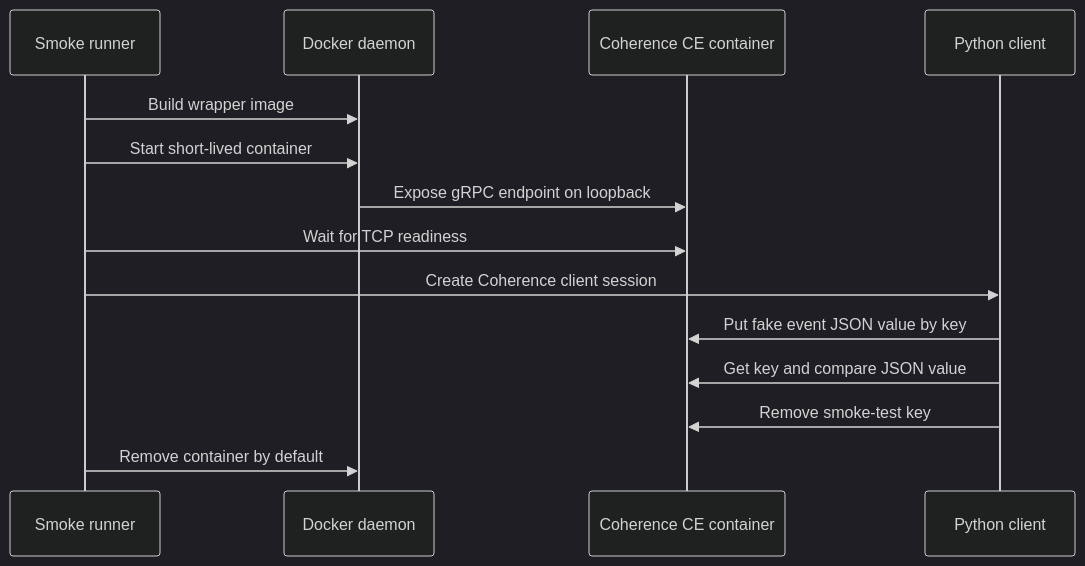
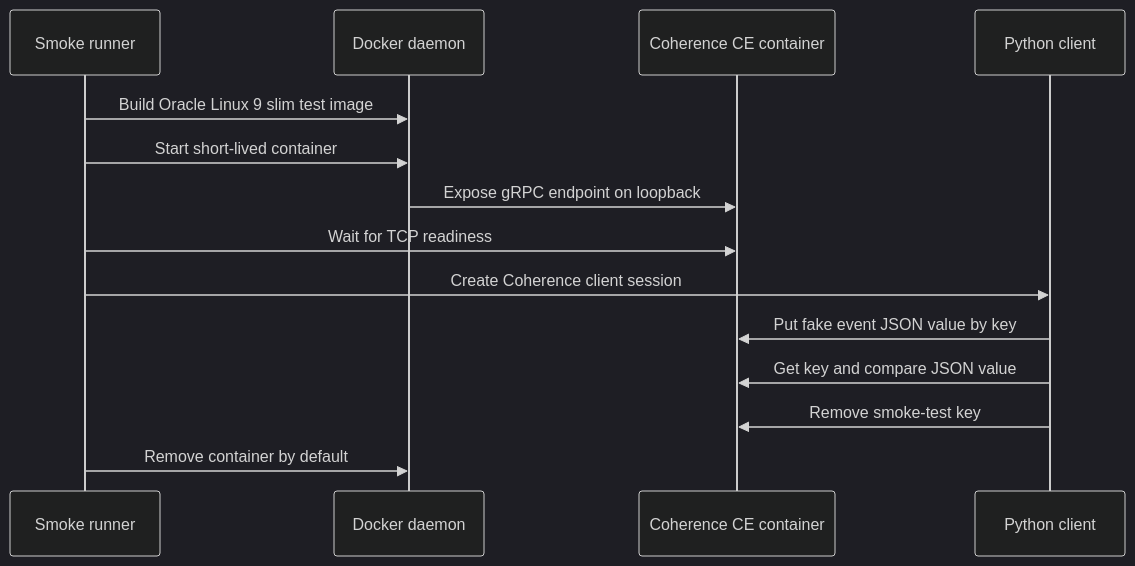
One commit to ProjectCuillin/nats-sinks changed the diagram in docs/oracle-coherence-test-container.md. Above: the diagram before and after it, drawn with Mermaid (dark theme). The commit also changed other lines of this file and 40 other files, not shown here.

````diff
--- a/docs/oracle-coherence-test-container.md
+++ b/docs/oracle-coherence-test-container.md
@@ -62,17 +78,17 @@
 ```mermaid
 sequenceDiagram
     participant S as Smoke runner
     participant D as Docker daemon
     participant C as Coherence CE container
     participant P as Python client
 
-    S->>D: Build wrapper image
+    S->>D: Build Oracle Linux 9 slim test image
     S->>D: Start short-lived container
     D->>C: Expose gRPC endpoint on loopback
     S->>C: Wait for TCP readiness
     S->>P: Create Coherence client session
     P->>C: Put fake event JSON value by key
     P->>C: Get key and compare JSON value
     P->>C: Remove smoke-test key
     S->>D: Remove container by default
 ```
````
